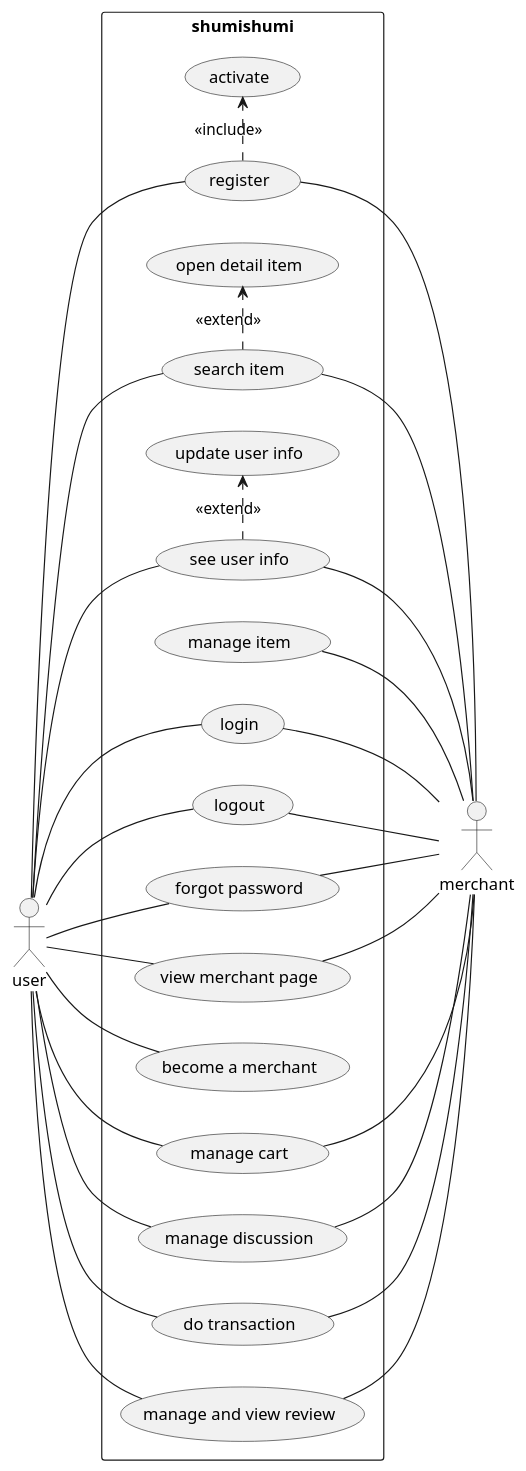
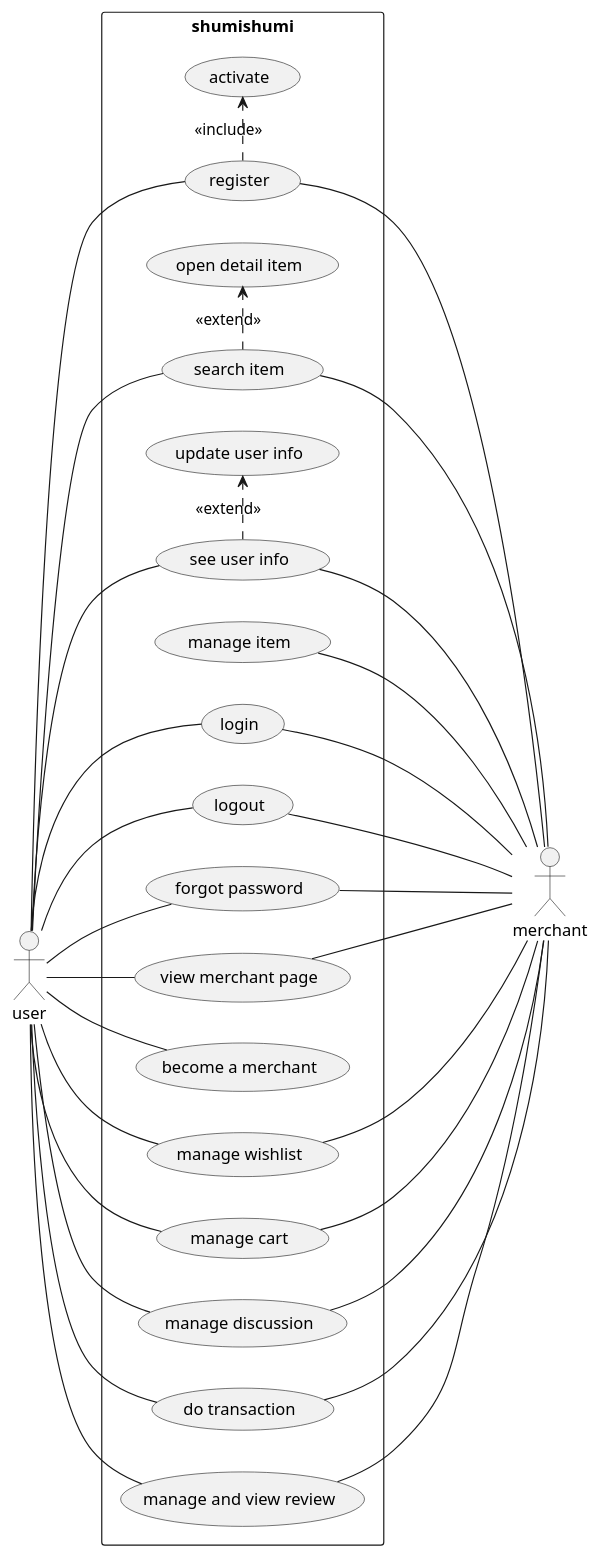
Before and after one commit to aldihsuhandi/skripsi-2023: the diagram in uml diagram/usecase diagram.pu, drawn with PlantUML. The commit also changed 19 other files, not shown here.

Commit message:
progress uml

```diff
--- a/uml diagram/usecase diagram.pu
+++ b/uml diagram/usecase diagram.pu
@@ -1,83 +1,86 @@
 @startuml usecase diagram
 
 left to right direction
 
 skinparam actor {
     Location right
     StereotypeFontStyle bold
 }
 
 actor user as u
 actor merchant as m
 
 rectangle shumishumi {
     usecase "manage item" as manage_item
 
     usecase "login" as login
     usecase "activate" as activate
     usecase "register" as register
     usecase "logout" as logout
     usecase "forgot password" as forgotpassword
 
     usecase "view merchant page" as merchant_page
 
     usecase "see user info" as user_info
     usecase "update user info" as update_info
 
     usecase "open detail item" as detail
     usecase "search item" as search
 
     usecase "become a merchant" as be_merchant
 
+    usecase "manage wishlist" as wishlist
     usecase "manage cart" as cart
     usecase "manage discussion" as discussion
 
     usecase "do transaction" as trx
     usecase "manage and view review" as review
 }
 
 ' user
 u -- login
 u -- logout
 u -- user_info
 
 u -- search
 
 u -- merchant_page
 
 u -- register
 u -- forgotpassword
 u -- be_merchant
 
+u -- wishlist
 u -- cart
 u -- discussion
 
 u -- trx
 
 u -- review
 
 ' merchant
 login -- m
 user_info -- m
 logout -- m
 register -- m
 forgotpassword -- m
 
 search -- m
 merchant_page -- m
 
+wishlist --- m
 cart --- m
 discussion -- m
 
 trx -- m
 
 review -- m
 
 manage_item -- m
 
 
 register .> activate : <<include>>
 search .> detail : <<extend>>
 user_info .> update_info :<<extend>>
 
 @enduml
```
